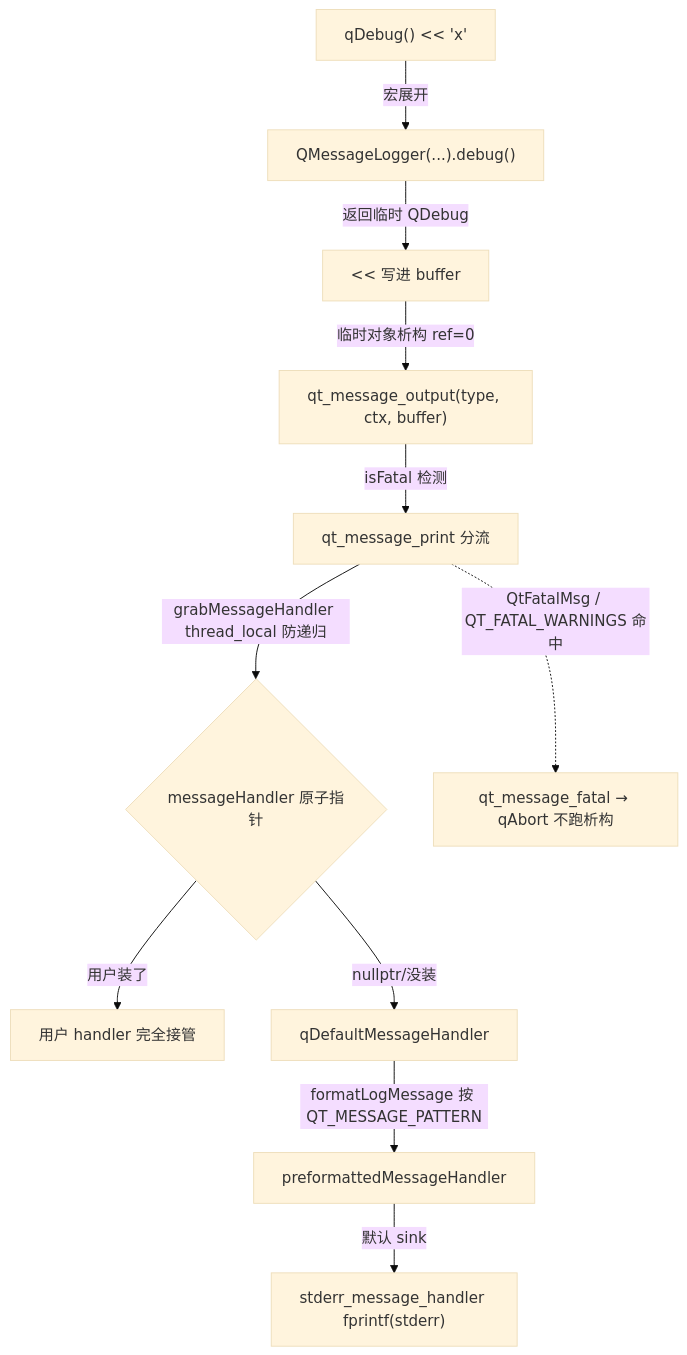
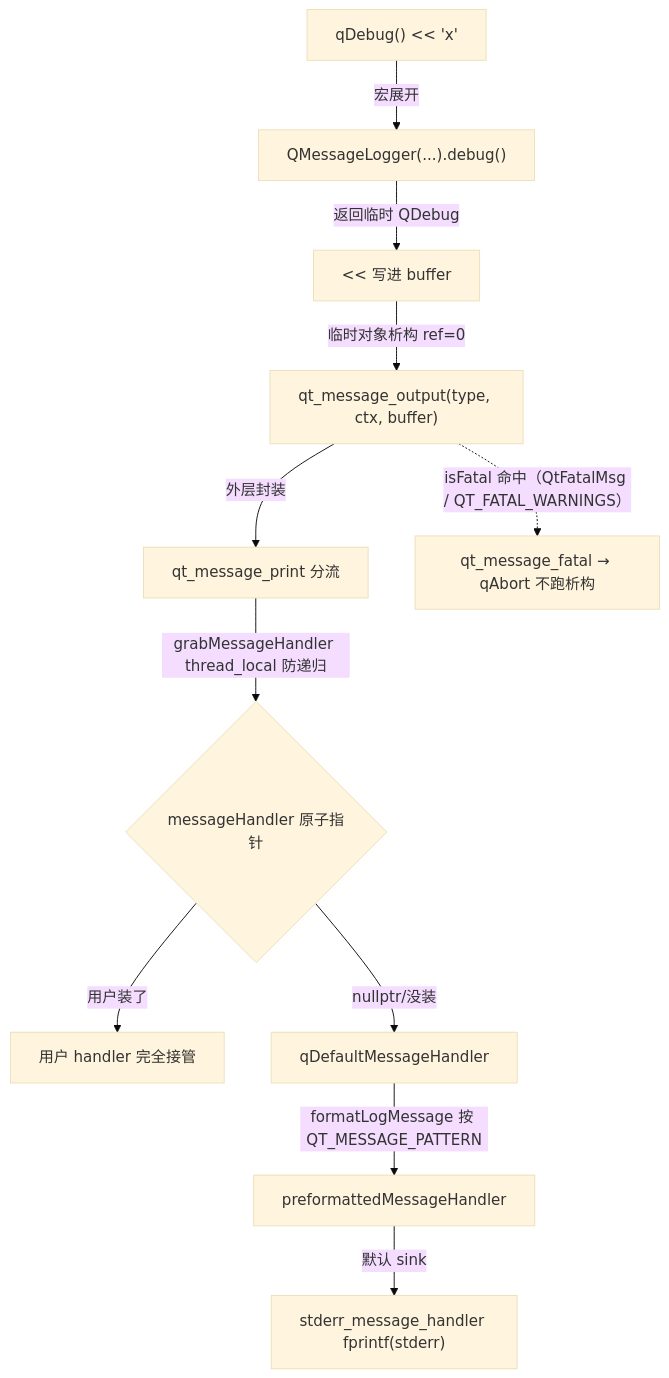
One commit to Awesome-Embedded-Learning-Studio/Tutorial_AwesomeQt changed the diagram in tutorial/expert/01-qtbase/14-logging-expert.md. Above: the diagram before and after it, drawn with Mermaid (base theme). The commit also changed other lines of this file and 27 other files, not shown here.

````diff
--- a/tutorial/expert/01-qtbase/14-logging-expert.md
+++ b/tutorial/expert/01-qtbase/14-logging-expert.md
@@ -39,13 +39,13 @@
 ```mermaid
 flowchart TD
     A["qDebug() << 'x'"] -->|"宏展开"| B["QMessageLogger(...).debug()"]
     B -->|"返回临时 QDebug"| C["<< 写进 buffer"]
     C -->|"临时对象析构 ref=0"| D["qt_message_output(type, ctx, buffer)"]
-    D -->|"isFatal 检测"| E["qt_message_print 分流"]
+    D -->|"外层封装"| E["qt_message_print 分流"]
     E -->|"grabMessageHandler thread_local 防递归"| F{messageHandler 原子指针}
     F -->|"用户装了"| G["用户 handler 完全接管"]
     F -->|"nullptr/没装"| H["qDefaultMessageHandler"]
     H -->|"formatLogMessage 按 QT_MESSAGE_PATTERN"| I["preformattedMessageHandler"]
     I -->|"默认 sink"| J["stderr_message_handler fprintf(stderr)"]
-    E -.->|"QtFatalMsg / QT_FATAL_WARNINGS 命中"| K["qt_message_fatal → qAbort 不跑析构"]
+    D -.->|"isFatal 命中（QtFatalMsg / QT_FATAL_WARNINGS）"| K["qt_message_fatal → qAbort 不跑析构"]
 ```
````
